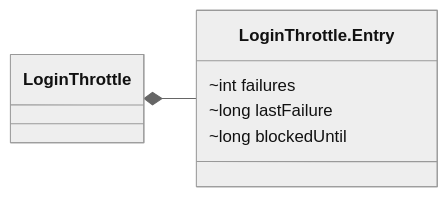
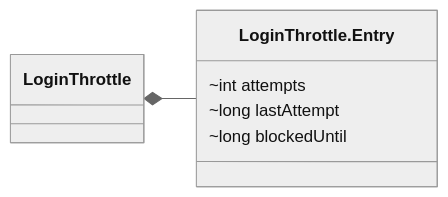
Diagram 13 of 15 in docs/classes/auth.md (Nate-ryan-7690/dahaem), drawn with Mermaid (neutral theme) before and after one commit. The commit also changed other lines of this file and 4 other files, not shown here.

````diff
--- a/docs/classes/auth.md
+++ b/docs/classes/auth.md
@@ -644,11 +630,11 @@
 ```mermaid
 classDiagram
     direction LR
     class auth_LoginThrottle_Entry["LoginThrottle.Entry"] {
-        ~int failures
-        ~long lastFailure
+        ~int attempts
+        ~long lastAttempt
         ~long blockedUntil
     }
     class auth_LoginThrottle["LoginThrottle"]
     auth_LoginThrottle *-- auth_LoginThrottle_Entry
 ```
````
